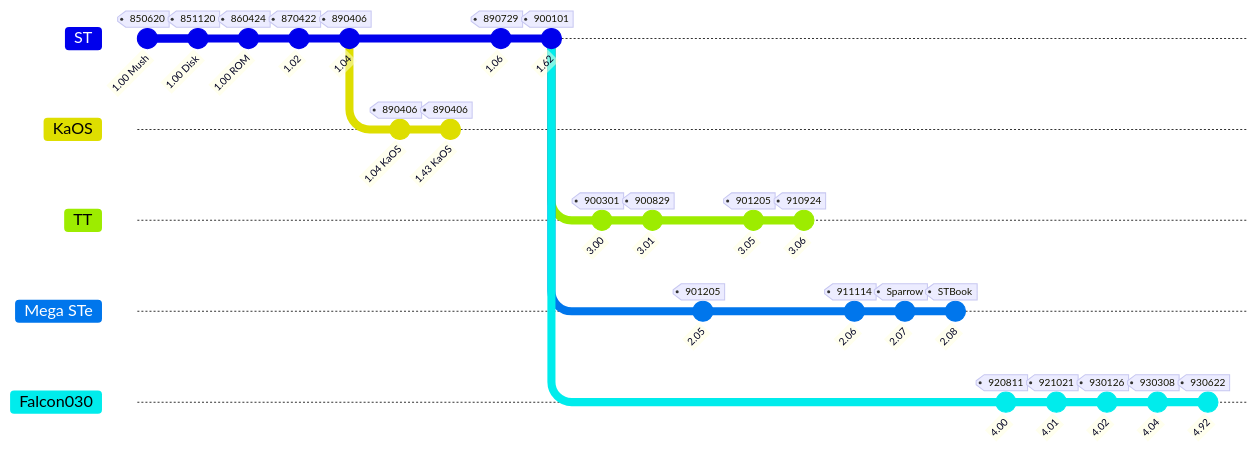
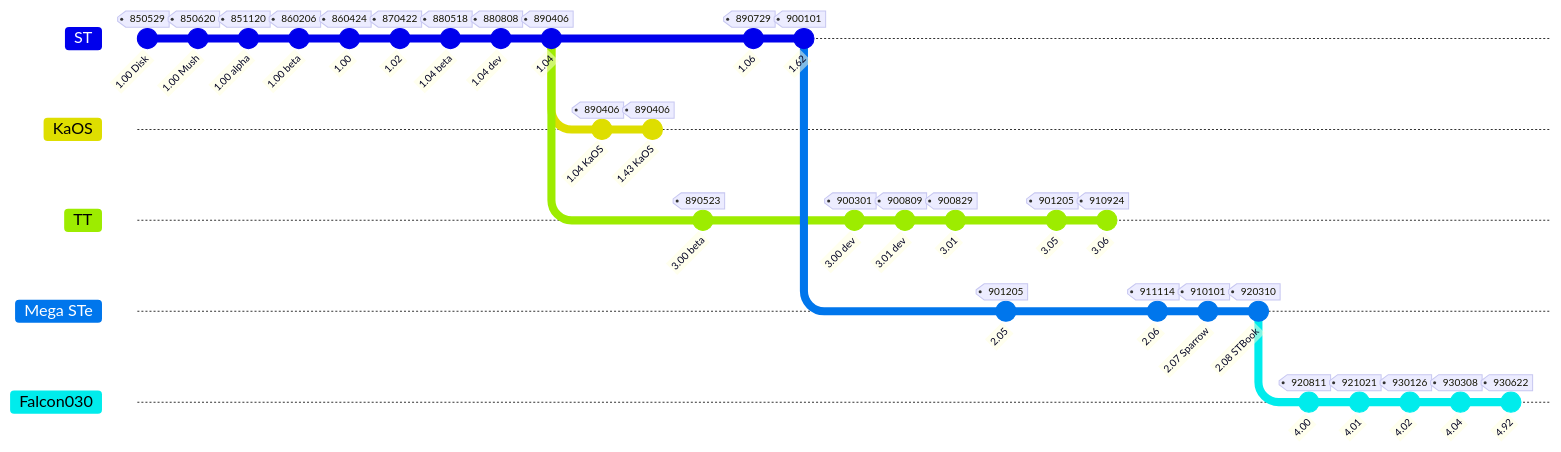
The diagram in ROMS/README.md (Kochise/atari-emu), drawn with Mermaid before and after one commit. The commit also changed other lines of this file, not shown here.

````diff
--- a/ROMS/README.md
+++ b/ROMS/README.md
@@ -41,36 +41,42 @@
 ```mermaid
 %%{ init: { 'gitGraph': { 'mainBranchName': 'ST' }}}%%
 gitGraph
 	commit id: "1.00 Disk" tag: "850529"
 	commit id: "1.00 Mush" tag: "850620"
-	commit id: "1.00 Disk" tag: "851120"
-	commit id: "1.00 ROM" tag: "860424"
+	commit id: "1.00 alpha" tag: "851120"
+	commit id: "1.00 beta" tag: "860206"
+	commit id: "1.00" tag: "860424"
 	commit id: "1.02" tag: "870422"
+	commit id: "1.04 beta" tag: "880518"
+	commit id: "1.04 dev" tag: "880808"
 	commit id: "1.04" tag: "890406"
 	branch KaOS
 	commit id: "1.04 KaOS" tag: "890406"
 	commit id: "1.43 KaOS" tag: "890406"
 	checkout ST
+	branch TT
+	commit id: "3.00 beta" tag: "890523"
+	checkout ST
 	commit id: "1.06" tag: "890729"
 	commit id: "1.62" tag: "900101"
-	branch TT
-	commit id: "3.00" tag: "900301"
+	checkout TT
+	commit id: "3.00 dev" tag: "900301"
+	commit id: "3.01 dev" tag: "900809"
 	commit id: "3.01" tag: "900829"
 	checkout ST
 	branch "Mega STe"
 	commit id: "2.05" tag: "901205"
 	checkout TT
 	commit id: "3.05" tag: "901205"
 	commit id: "3.06" tag: "910924"
 	checkout "Mega STe"
 	commit id: "2.06" tag: "911114"
-	commit id: "2.07" tag: "Sparrow"
-	commit id: "2.08" tag: "STBook"
-	checkout ST
+	commit id: "2.07 Sparrow" tag: "910101"
+	commit id: "2.08 STBook" tag: "920310"
 	branch Falcon030
 	commit id: "4.00" tag: "920811"
 	commit id: "4.01" tag: "921021"
 	commit id: "4.02" tag: "930126"
 	commit id: "4.04" tag: "930308"
 	commit id: "4.92" tag: "930622"
 ```
````
